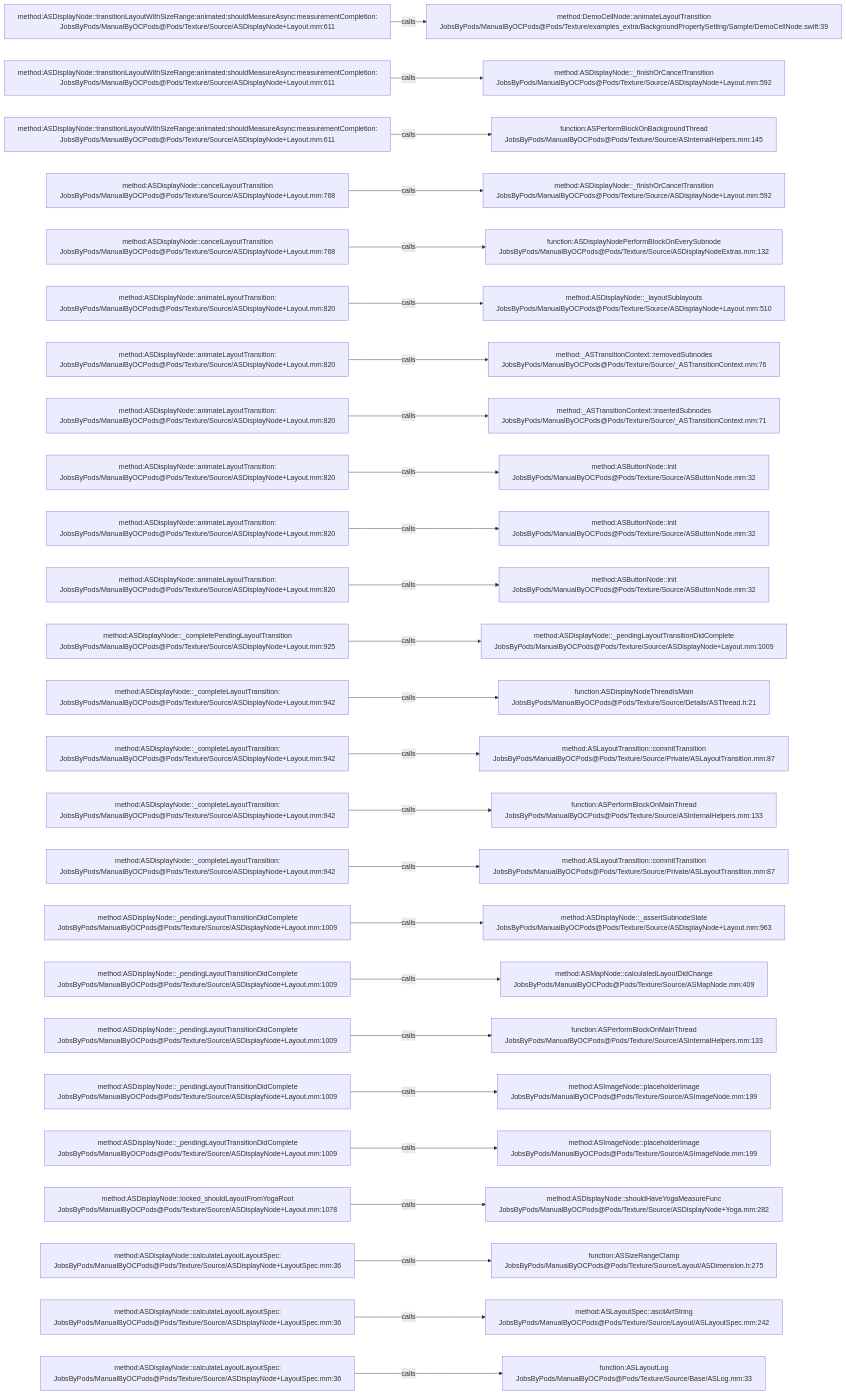
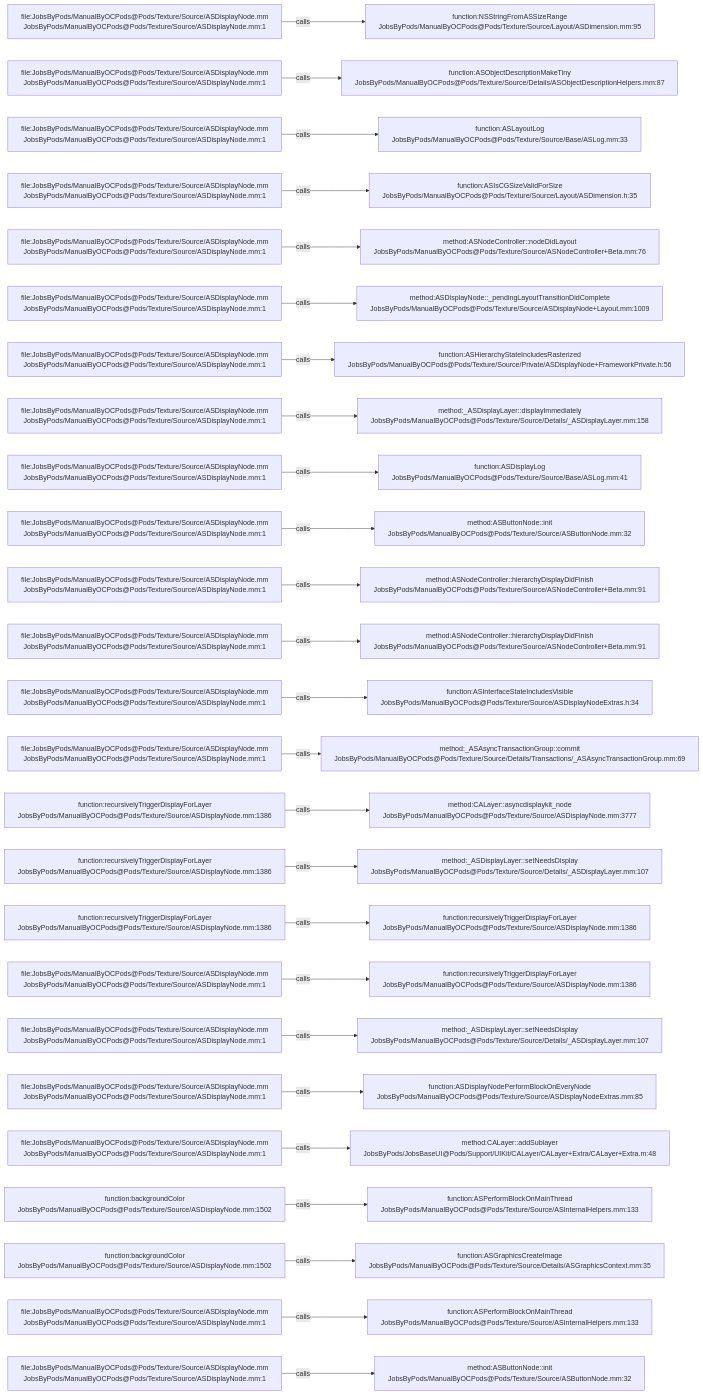
The diagram in .codegraph/codegraph.md/graphs/calls-091.md (JobsKits/JobsOCBaseConfigDemo), drawn with Mermaid before and after one commit. The commit also changed 1448 other files, not shown here.

````diff
--- a/.codegraph/codegraph.md/graphs/calls-091.md
+++ b/.codegraph/codegraph.md/graphs/calls-091.md
@@ -13,78 +13,78 @@
 ```mermaid
 flowchart LR
-  S1["method:ASDisplayNode::transitionLayoutWithSizeRange:animated:shouldMeasureAsync:measurementCompletion:<br/>JobsByPods/ManualByOCPods@Pods/Texture/Source/ASDisplayNode+Layout.mm:611"]
-  T1["method:DemoCellNode::animateLayoutTransition<br/>JobsByPods/ManualByOCPods@Pods/Texture/examples_extra/BackgroundPropertySetting/Sample/DemoCellNode.swift:39"]
+  S1["file:JobsByPods/ManualByOCPods@Pods/Texture/Source/ASDisplayNode.mm<br/>JobsByPods/ManualByOCPods@Pods/Texture/Source/ASDisplayNode.mm:1"]
+  T1["function:NSStringFromASSizeRange<br/>JobsByPods/ManualByOCPods@Pods/Texture/Source/Layout/ASDimension.mm:95"]
   S1 -->|calls| T1
-  S2["method:ASDisplayNode::transitionLayoutWithSizeRange:animated:shouldMeasureAsync:measurementCompletion:<br/>JobsByPods/ManualByOCPods@Pods/Texture/Source/ASDisplayNode+Layout.mm:611"]
-  T2["method:ASDisplayNode::_finishOrCancelTransition<br/>JobsByPods/ManualByOCPods@Pods/Texture/Source/ASDisplayNode+Layout.mm:592"]
+  S2["file:JobsByPods/ManualByOCPods@Pods/Texture/Source/ASDisplayNode.mm<br/>JobsByPods/ManualByOCPods@Pods/Texture/Source/ASDisplayNode.mm:1"]
+  T2["function:ASObjectDescriptionMakeTiny<br/>JobsByPods/ManualByOCPods@Pods/Texture/Source/Details/ASObjectDescriptionHelpers.mm:87"]
   S2 -->|calls| T2
-  S3["method:ASDisplayNode::transitionLayoutWithSizeRange:animated:shouldMeasureAsync:measurementCompletion:<br/>JobsByPods/ManualByOCPods@Pods/Texture/Source/ASDisplayNode+Layout.mm:611"]
-  T3["function:ASPerformBlockOnBackgroundThread<br/>JobsByPods/ManualByOCPods@Pods/Texture/Source/ASInternalHelpers.mm:145"]
+  S3["file:JobsByPods/ManualByOCPods@Pods/Texture/Source/ASDisplayNode.mm<br/>JobsByPods/ManualByOCPods@Pods/Texture/Source/ASDisplayNode.mm:1"]
+  T3["function:ASLayoutLog<br/>JobsByPods/ManualByOCPods@Pods/Texture/Source/Base/ASLog.mm:33"]
   S3 -->|calls| T3
-  S4["method:ASDisplayNode::cancelLayoutTransition<br/>JobsByPods/ManualByOCPods@Pods/Texture/Source/ASDisplayNode+Layout.mm:768"]
-  T4["method:ASDisplayNode::_finishOrCancelTransition<br/>JobsByPods/ManualByOCPods@Pods/Texture/Source/ASDisplayNode+Layout.mm:592"]
+  S4["file:JobsByPods/ManualByOCPods@Pods/Texture/Source/ASDisplayNode.mm<br/>JobsByPods/ManualByOCPods@Pods/Texture/Source/ASDisplayNode.mm:1"]
+  T4["function:ASIsCGSizeValidForSize<br/>JobsByPods/ManualByOCPods@Pods/Texture/Source/Layout/ASDimension.h:35"]
   S4 -->|calls| T4
-  S5["method:ASDisplayNode::cancelLayoutTransition<br/>JobsByPods/ManualByOCPods@Pods/Texture/Source/ASDisplayNode+Layout.mm:768"]
-  T5["function:ASDisplayNodePerformBlockOnEverySubnode<br/>JobsByPods/ManualByOCPods@Pods/Texture/Source/ASDisplayNodeExtras.mm:132"]
+  S5["file:JobsByPods/ManualByOCPods@Pods/Texture/Source/ASDisplayNode.mm<br/>JobsByPods/ManualByOCPods@Pods/Texture/Source/ASDisplayNode.mm:1"]
+  T5["method:ASNodeController::nodeDidLayout<br/>JobsByPods/ManualByOCPods@Pods/Texture/Source/ASNodeController+Beta.mm:76"]
   S5 -->|calls| T5
-  S6["method:ASDisplayNode::animateLayoutTransition:<br/>JobsByPods/ManualByOCPods@Pods/Texture/Source/ASDisplayNode+Layout.mm:820"]
-  T6["method:ASDisplayNode::_layoutSublayouts<br/>JobsByPods/ManualByOCPods@Pods/Texture/Source/ASDisplayNode+Layout.mm:510"]
+  S6["file:JobsByPods/ManualByOCPods@Pods/Texture/Source/ASDisplayNode.mm<br/>JobsByPods/ManualByOCPods@Pods/Texture/Source/ASDisplayNode.mm:1"]
+  T6["method:ASDisplayNode::_pendingLayoutTransitionDidComplete<br/>JobsByPods/ManualByOCPods@Pods/Texture/Source/ASDisplayNode+Layout.mm:1009"]
   S6 -->|calls| T6
-  S7["method:ASDisplayNode::animateLayoutTransition:<br/>JobsByPods/ManualByOCPods@Pods/Texture/Source/ASDisplayNode+Layout.mm:820"]
-  T7["method:_ASTransitionContext::removedSubnodes<br/>JobsByPods/ManualByOCPods@Pods/Texture/Source/_ASTransitionContext.mm:76"]
+  S7["file:JobsByPods/ManualByOCPods@Pods/Texture/Source/ASDisplayNode.mm<br/>JobsByPods/ManualByOCPods@Pods/Texture/Source/ASDisplayNode.mm:1"]
+  T7["function:ASHierarchyStateIncludesRasterized<br/>JobsByPods/ManualByOCPods@Pods/Texture/Source/Private/ASDisplayNode+FrameworkPrivate.h:56"]
   S7 -->|calls| T7
-  S8["method:ASDisplayNode::animateLayoutTransition:<br/>JobsByPods/ManualByOCPods@Pods/Texture/Source/ASDisplayNode+Layout.mm:820"]
-  T8["method:_ASTransitionContext::insertedSubnodes<br/>JobsByPods/ManualByOCPods@Pods/Texture/Source/_ASTransitionContext.mm:71"]
+  S8["file:JobsByPods/ManualByOCPods@Pods/Texture/Source/ASDisplayNode.mm<br/>JobsByPods/ManualByOCPods@Pods/Texture/Source/ASDisplayNode.mm:1"]
+  T8["method:_ASDisplayLayer::displayImmediately<br/>JobsByPods/ManualByOCPods@Pods/Texture/Source/Details/_ASDisplayLayer.mm:158"]
   S8 -->|calls| T8
-  S9["method:ASDisplayNode::animateLayoutTransition:<br/>JobsByPods/ManualByOCPods@Pods/Texture/Source/ASDisplayNode+Layout.mm:820"]
-  T9["method:ASButtonNode::init<br/>JobsByPods/ManualByOCPods@Pods/Texture/Source/ASButtonNode.mm:32"]
+  S9["file:JobsByPods/ManualByOCPods@Pods/Texture/Source/ASDisplayNode.mm<br/>JobsByPods/ManualByOCPods@Pods/Texture/Source/ASDisplayNode.mm:1"]
+  T9["function:ASDisplayLog<br/>JobsByPods/ManualByOCPods@Pods/Texture/Source/Base/ASLog.mm:41"]
   S9 -->|calls| T9
-  S10["method:ASDisplayNode::animateLayoutTransition:<br/>JobsByPods/ManualByOCPods@Pods/Texture/Source/ASDisplayNode+Layout.mm:820"]
+  S10["file:JobsByPods/ManualByOCPods@Pods/Texture/Source/ASDisplayNode.mm<br/>JobsByPods/ManualByOCPods@Pods/Texture/Source/ASDisplayNode.mm:1"]
   T10["method:ASButtonNode::init<br/>JobsByPods/ManualByOCPods@Pods/Texture/Source/ASButtonNode.mm:32"]
   S10 -->|calls| T10
-  S11["method:ASDisplayNode::animateLayoutTransition:<br/>JobsByPods/ManualByOCPods@Pods/Texture/Source/ASDisplayNode+Layout.mm:820"]
-  T11["method:ASButtonNode::init<br/>JobsByPods/ManualByOCPods@Pods/Texture/Source/ASButtonNode.mm:32"]
+  S11["file:JobsByPods/ManualByOCPods@Pods/Texture/Source/ASDisplayNode.mm<br/>JobsByPods/ManualByOCPods@Pods/Texture/Source/ASDisplayNode.mm:1"]
+  T11["method:ASNodeController::hierarchyDisplayDidFinish<br/>JobsByPods/ManualByOCPods@Pods/Texture/Source/ASNodeController+Beta.mm:91"]
   S11 -->|calls| T11
-  S12["method:ASDisplayNode::_completePendingLayoutTransition<br/>JobsByPods/ManualByOCPods@Pods/Texture/Source/ASDisplayNode+Layout.mm:925"]
-  T12["method:ASDisplayNode::_pendingLayoutTransitionDidComplete<br/>JobsByPods/ManualByOCPods@Pods/Texture/Source/ASDisplayNode+Layout.mm:1009"]
+  S12["file:JobsByPods/ManualByOCPods@Pods/Texture/Source/ASDisplayNode.mm<br/>JobsByPods/ManualByOCPods@Pods/Texture/Source/ASDisplayNode.mm:1"]
+  T12["method:ASNodeController::hierarchyDisplayDidFinish<br/>JobsByPods/ManualByOCPods@Pods/Texture/Source/ASNodeController+Beta.mm:91"]
   S12 -->|calls| T12
-  S13["method:ASDisplayNode::_completeLayoutTransition:<br/>JobsByPods/ManualByOCPods@Pods/Texture/Source/ASDisplayNode+Layout.mm:942"]
-  T13["function:ASDisplayNodeThreadIsMain<br/>JobsByPods/ManualByOCPods@Pods/Texture/Source/Details/ASThread.h:21"]
+  S13["file:JobsByPods/ManualByOCPods@Pods/Texture/Source/ASDisplayNode.mm<br/>JobsByPods/ManualByOCPods@Pods/Texture/Source/ASDisplayNode.mm:1"]
+  T13["function:ASInterfaceStateIncludesVisible<br/>JobsByPods/ManualByOCPods@Pods/Texture/Source/ASDisplayNodeExtras.h:34"]
   S13 -->|calls| T13
-  S14["method:ASDisplayNode::_completeLayoutTransition:<br/>JobsByPods/ManualByOCPods@Pods/Texture/Source/ASDisplayNode+Layout.mm:942"]
-  T14["method:ASLayoutTransition::commitTransition<br/>JobsByPods/ManualByOCPods@Pods/Texture/Source/Private/ASLayoutTransition.mm:87"]
+  S14["file:JobsByPods/ManualByOCPods@Pods/Texture/Source/ASDisplayNode.mm<br/>JobsByPods/ManualByOCPods@Pods/Texture/Source/ASDisplayNode.mm:1"]
+  T14["method:_ASAsyncTransactionGroup::commit<br/>JobsByPods/ManualByOCPods@Pods/Texture/Source/Details/Transactions/_ASAsyncTransactionGroup.mm:69"]
   S14 -->|calls| T14
-  S15["method:ASDisplayNode::_completeLayoutTransition:<br/>JobsByPods/ManualByOCPods@Pods/Texture/Source/ASDisplayNode+Layout.mm:942"]
-  T15["function:ASPerformBlockOnMainThread<br/>JobsByPods/ManualByOCPods@Pods/Texture/Source/ASInternalHelpers.mm:133"]
+  S15["function:recursivelyTriggerDisplayForLayer<br/>JobsByPods/ManualByOCPods@Pods/Texture/Source/ASDisplayNode.mm:1386"]
+  T15["method:CALayer::asyncdisplaykit_node<br/>JobsByPods/ManualByOCPods@Pods/Texture/Source/ASDisplayNode.mm:3777"]
   S15 -->|calls| T15
-  S16["method:ASDisplayNode::_completeLayoutTransition:<br/>JobsByPods/ManualByOCPods@Pods/Texture/Source/ASDisplayNode+Layout.mm:942"]
-  T16["method:ASLayoutTransition::commitTransition<br/>JobsByPods/ManualByOCPods@Pods/Texture/Source/Private/ASLayoutTransition.mm:87"]
+  S16["function:recursivelyTriggerDisplayForLayer<br/>JobsByPods/ManualByOCPods@Pods/Texture/Source/ASDisplayNode.mm:1386"]
+  T16["method:_ASDisplayLayer::setNeedsDisplay<br/>JobsByPods/ManualByOCPods@Pods/Texture/Source/Details/_ASDisplayLayer.mm:107"]
   S16 -->|calls| T16
-  S17["method:ASDisplayNode::_pendingLayoutTransitionDidComplete<br/>JobsByPods/ManualByOCPods@Pods/Texture/Source/ASDisplayNode+Layout.mm:1009"]
-  T17["method:ASDisplayNode::_assertSubnodeState<br/>JobsByPods/ManualByOCPods@Pods/Texture/Source/ASDisplayNode+Layout.mm:963"]
+  S17["function:recursivelyTriggerDisplayForLayer<br/>JobsByPods/ManualByOCPods@Pods/Texture/Source/ASDisplayNode.mm:1386"]
+  T17["function:recursivelyTriggerDisplayForLayer<br/>JobsByPods/ManualByOCPods@Pods/Texture/Source/ASDisplayNode.mm:1386"]
   S17 -->|calls| T17
-  S18["method:ASDisplayNode::_pendingLayoutTransitionDidComplete<br/>JobsByPods/ManualByOCPods@Pods/Texture/Source/ASDisplayNode+Layout.mm:1009"]
-  T18["method:ASMapNode::calculatedLayoutDidChange<br/>JobsByPods/ManualByOCPods@Pods/Texture/Source/ASMapNode.mm:409"]
+  S18["file:JobsByPods/ManualByOCPods@Pods/Texture/Source/ASDisplayNode.mm<br/>JobsByPods/ManualByOCPods@Pods/Texture/Source/ASDisplayNode.mm:1"]
+  T18["function:recursivelyTriggerDisplayForLayer<br/>JobsByPods/ManualByOCPods@Pods/Texture/Source/ASDisplayNode.mm:1386"]
   S18 -->|calls| T18
-  S19["method:ASDisplayNode::_pendingLayoutTransitionDidComplete<br/>JobsByPods/ManualByOCPods@Pods/Texture/Source/ASDisplayNode+Layout.mm:1009"]
-  T19["function:ASPerformBlockOnMainThread<br/>JobsByPods/ManualByOCPods@Pods/Texture/Source/ASInternalHelpers.mm:133"]
+  S19["file:JobsByPods/ManualByOCPods@Pods/Texture/Source/ASDisplayNode.mm<br/>JobsByPods/ManualByOCPods@Pods/Texture/Source/ASDisplayNode.mm:1"]
+  T19["method:_ASDisplayLayer::setNeedsDisplay<br/>JobsByPods/ManualByOCPods@Pods/Texture/Source/Details/_ASDisplayLayer.mm:107"]
   S19 -->|calls| T19
-  S20["method:ASDisplayNode::_pendingLayoutTransitionDidComplete<br/>JobsByPods/ManualByOCPods@Pods/Texture/Source/ASDisplayNode+Layout.mm:1009"]
-  T20["method:ASImageNode::placeholderImage<br/>JobsByPods/ManualByOCPods@Pods/Texture/Source/ASImageNode.mm:199"]
+  S20["file:JobsByPods/ManualByOCPods@Pods/Texture/Source/ASDisplayNode.mm<br/>JobsByPods/ManualByOCPods@Pods/Texture/Source/ASDisplayNode.mm:1"]
+  T20["function:ASDisplayNodePerformBlockOnEveryNode<br/>JobsByPods/ManualByOCPods@Pods/Texture/Source/ASDisplayNodeExtras.mm:85"]
   S20 -->|calls| T20
-  S21["method:ASDisplayNode::_pendingLayoutTransitionDidComplete<br/>JobsByPods/ManualByOCPods@Pods/Texture/Source/ASDisplayNode+Layout.mm:1009"]
-  T21["method:ASImageNode::placeholderImage<br/>JobsByPods/ManualByOCPods@Pods/Texture/Source/ASImageNode.mm:199"]
+  S21["file:JobsByPods/ManualByOCPods@Pods/Texture/Source/ASDisplayNode.mm<br/>JobsByPods/ManualByOCPods@Pods/Texture/Source/ASDisplayNode.mm:1"]
+  T21["method:CALayer::addSublayer<br/>JobsByPods/JobsBaseUI@Pods/Support/UIKit/CALayer/CALayer+Extra/CALayer+Extra.m:48"]
   S21 -->|calls| T21
-  S22["method:ASDisplayNode::locked_shouldLayoutFromYogaRoot<br/>JobsByPods/ManualByOCPods@Pods/Texture/Source/ASDisplayNode+Layout.mm:1078"]
-  T22["method:ASDisplayNode::shouldHaveYogaMeasureFunc<br/>JobsByPods/ManualByOCPods@Pods/Texture/Source/ASDisplayNode+Yoga.mm:282"]
+  S22["function:backgroundColor<br/>JobsByPods/ManualByOCPods@Pods/Texture/Source/ASDisplayNode.mm:1502"]
+  T22["function:ASPerformBlockOnMainThread<br/>JobsByPods/ManualByOCPods@Pods/Texture/Source/ASInternalHelpers.mm:133"]
   S22 -->|calls| T22
-  S23["method:ASDisplayNode::calculateLayoutLayoutSpec:<br/>JobsByPods/ManualByOCPods@Pods/Texture/Source/ASDisplayNode+LayoutSpec.mm:36"]
-  T23["function:ASSizeRangeClamp<br/>JobsByPods/ManualByOCPods@Pods/Texture/Source/Layout/ASDimension.h:275"]
+  S23["function:backgroundColor<br/>JobsByPods/ManualByOCPods@Pods/Texture/Source/ASDisplayNode.mm:1502"]
+  T23["function:ASGraphicsCreateImage<br/>JobsByPods/ManualByOCPods@Pods/Texture/Source/Details/ASGraphicsContext.mm:35"]
   S23 -->|calls| T23
-  S24["method:ASDisplayNode::calculateLayoutLayoutSpec:<br/>JobsByPods/ManualByOCPods@Pods/Texture/Source/ASDisplayNode+LayoutSpec.mm:36"]
-  T24["method:ASLayoutSpec::asciiArtString<br/>JobsByPods/ManualByOCPods@Pods/Texture/Source/Layout/ASLayoutSpec.mm:242"]
+  S24["file:JobsByPods/ManualByOCPods@Pods/Texture/Source/ASDisplayNode.mm<br/>JobsByPods/ManualByOCPods@Pods/Texture/Source/ASDisplayNode.mm:1"]
+  T24["function:ASPerformBlockOnMainThread<br/>JobsByPods/ManualByOCPods@Pods/Texture/Source/ASInternalHelpers.mm:133"]
   S24 -->|calls| T24
-  S25["method:ASDisplayNode::calculateLayoutLayoutSpec:<br/>JobsByPods/ManualByOCPods@Pods/Texture/Source/ASDisplayNode+LayoutSpec.mm:36"]
-  T25["function:ASLayoutLog<br/>JobsByPods/ManualByOCPods@Pods/Texture/Source/Base/ASLog.mm:33"]
+  S25["file:JobsByPods/ManualByOCPods@Pods/Texture/Source/ASDisplayNode.mm<br/>JobsByPods/ManualByOCPods@Pods/Texture/Source/ASDisplayNode.mm:1"]
+  T25["method:ASButtonNode::init<br/>JobsByPods/ManualByOCPods@Pods/Texture/Source/ASButtonNode.mm:32"]
   S25 -->|calls| T25
 ```
````
